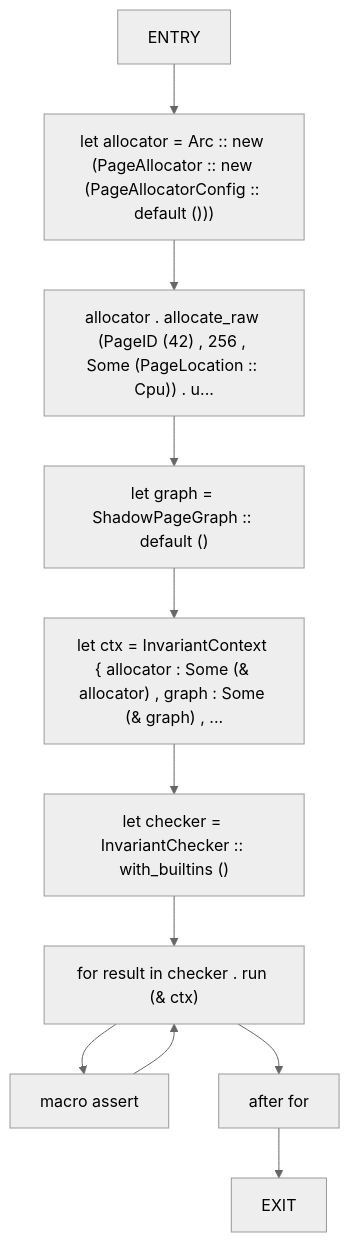
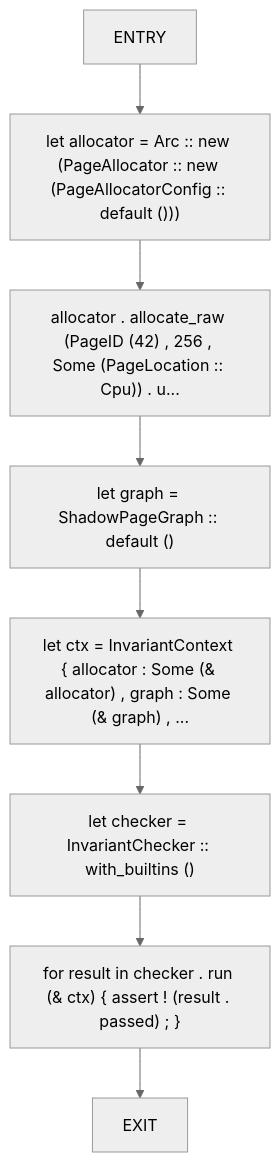
One commit to cicero-violate/MMSB changed diagram 15 of 52 in docs/analysis/cfg/100-tests.md. Above: the diagram before and after it, drawn with Mermaid (neutral theme). The commit also changed other lines of this file and 865 other files, not shown here.

````diff
--- a/docs/analysis/cfg/100-tests.md
+++ b/docs/analysis/cfg/100-tests.md
@@ -416,23 +344,18 @@
 ```mermaid
 flowchart TD
     invariant_checker_reports_success_0["ENTRY"]
     invariant_checker_reports_success_1["let allocator = Arc :: new (PageAllocator :: new (PageAllocatorConfig :: default ()))"]
     invariant_checker_reports_success_2["allocator . allocate_raw (PageID (42) , 256 , Some (PageLocation :: Cpu)) . u..."]
     invariant_checker_reports_success_3["let graph = ShadowPageGraph :: default ()"]
     invariant_checker_reports_success_4["let ctx = InvariantContext { allocator : Some (& allocator) , graph : Some (& graph) , ..."]
     invariant_checker_reports_success_5["let checker = InvariantChecker :: with_builtins ()"]
-    invariant_checker_reports_success_6["for result in checker . run (& ctx)"]
-    invariant_checker_reports_success_7["macro assert"]
-    invariant_checker_reports_success_8["after for"]
-    invariant_checker_reports_success_9["EXIT"]
+    invariant_checker_reports_success_6["for result in checker . run (& ctx) { assert ! (result . passed) ; }"]
+    invariant_checker_reports_success_7["EXIT"]
     invariant_checker_reports_success_0 --> invariant_checker_reports_success_1
     invariant_checker_reports_success_1 --> invariant_checker_reports_success_2
     invariant_checker_reports_success_2 --> invariant_checker_reports_success_3
     invariant_checker_reports_success_3 --> invariant_checker_reports_success_4
     invariant_checker_reports_success_4 --> invariant_checker_reports_success_5
     invariant_checker_reports_success_5 --> invariant_checker_reports_success_6
     invariant_checker_reports_success_6 --> invariant_checker_reports_success_7
-    invariant_checker_reports_success_7 --> invariant_checker_reports_success_6
-    invariant_checker_reports_success_6 --> invariant_checker_reports_success_8
-    invariant_checker_reports_success_8 --> invariant_checker_reports_success_9
 ```
````
